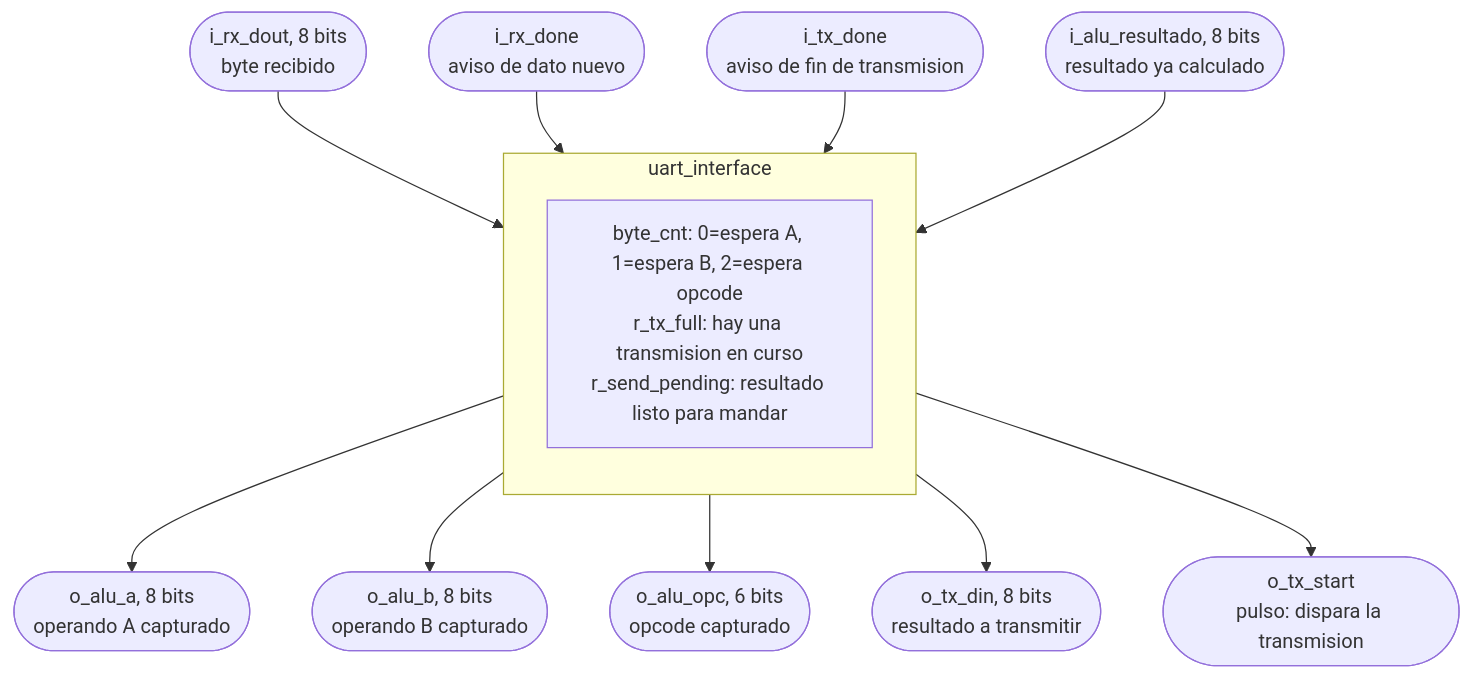
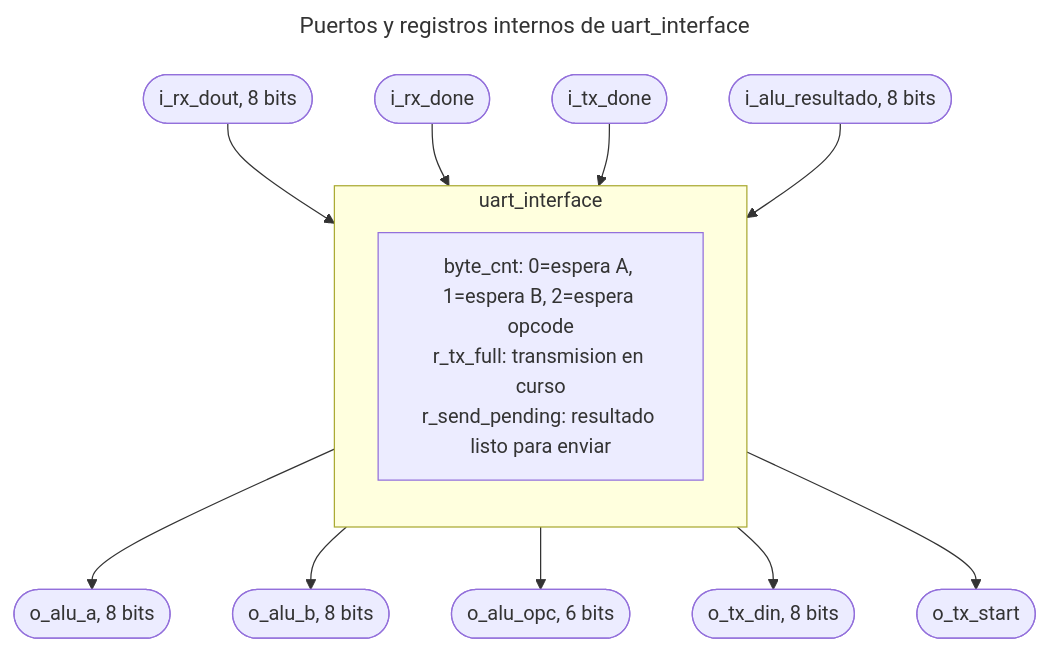
One commit to nicopinera/tps-arqui changed the seventh of 8 diagrams in TP2/README.md. Above: the diagram before and after it, drawn with Mermaid. The commit also changed other lines of this file and 1 other file, not shown here.

````diff
--- a/TP2/README.md
+++ b/TP2/README.md
@@ -302,18 +329,21 @@
 ```mermaid
+---
+title: Puertos y registros internos de uart_interface
+---
 flowchart TB
-    RXD([i_rx_dout, 8 bits<br/>byte recibido]) --> INTF
-    RXDONE([i_rx_done<br/>aviso de dato nuevo]) --> INTF
-    TXDONE([i_tx_done<br/>aviso de fin de transmision]) --> INTF
-    ALURES([i_alu_resultado, 8 bits<br/>resultado ya calculado]) --> INTF
+    RXD([i_rx_dout, 8 bits]) --> INTF
+    RXDONE([i_rx_done]) --> INTF
+    TXDONE([i_tx_done]) --> INTF
+    ALURES([i_alu_resultado, 8 bits]) --> INTF
 
     subgraph INTF["uart_interface"]
         direction TB
-        REG["byte_cnt: 0=espera A, 1=espera B, 2=espera opcode<br/>r_tx_full: hay una transmision en curso<br/>r_send_pending: resultado listo para mandar"]
+        REG["byte_cnt: 0=espera A, 1=espera B, 2=espera opcode<br/>r_tx_full: transmision en curso<br/>r_send_pending: resultado listo para enviar"]
     end
 
-    INTF --> ALUA([o_alu_a, 8 bits<br/>operando A capturado])
-    INTF --> ALUB([o_alu_b, 8 bits<br/>operando B capturado])
-    INTF --> ALUOPC([o_alu_opc, 6 bits<br/>opcode capturado])
-    INTF --> TXDIN([o_tx_din, 8 bits<br/>resultado a transmitir])
-    INTF --> TXSTART([o_tx_start<br/>pulso: dispara la transmision])
+    INTF --> ALUA([o_alu_a, 8 bits])
+    INTF --> ALUB([o_alu_b, 8 bits])
+    INTF --> ALUOPC([o_alu_opc, 6 bits])
+    INTF --> TXDIN([o_tx_din, 8 bits])
+    INTF --> TXSTART([o_tx_start])
 ```
````
